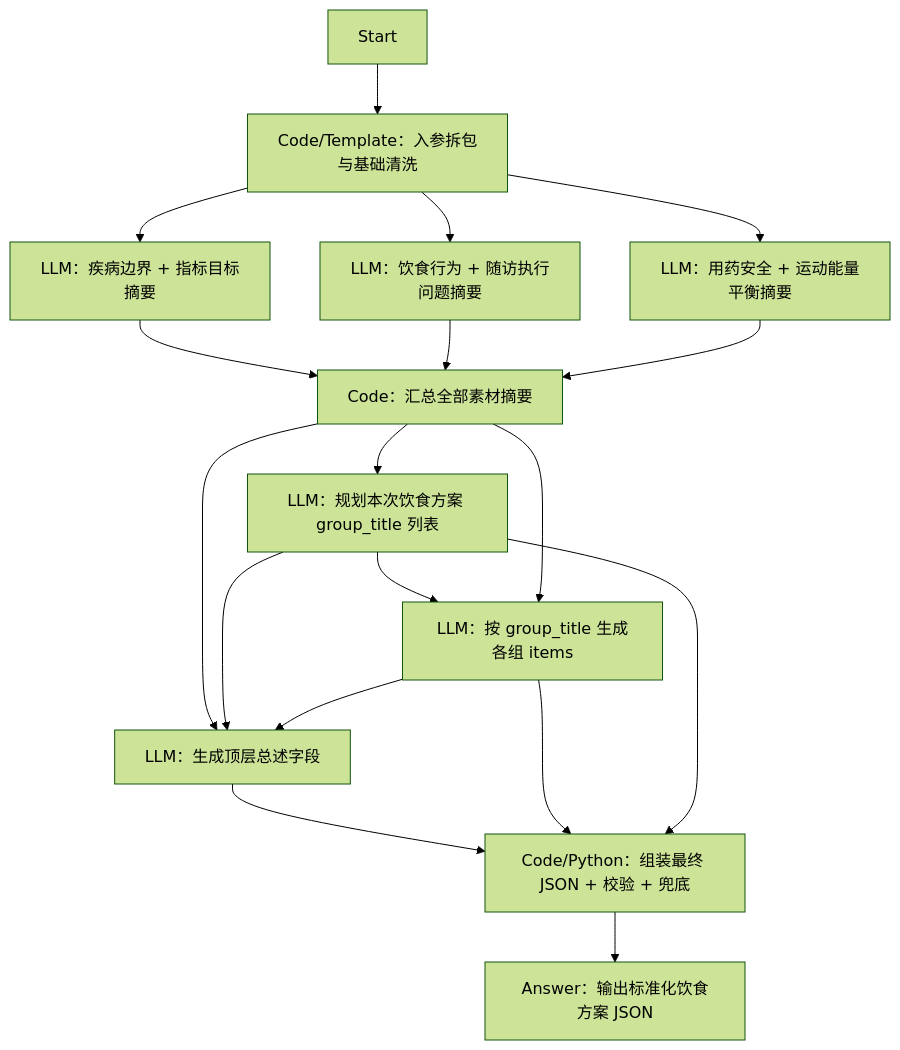
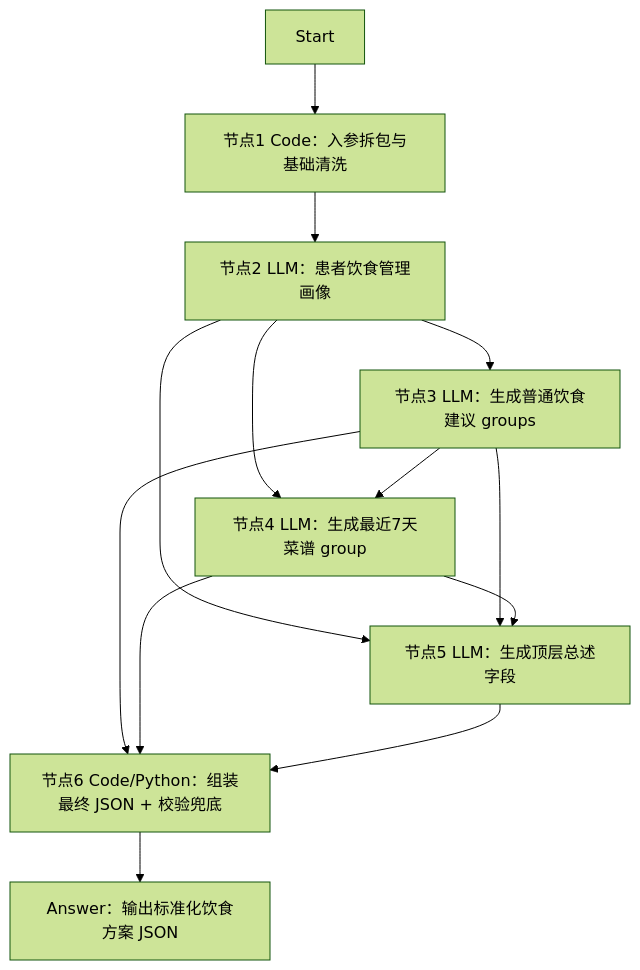
Before and after one commit to tristankeyima-beep/hcare: the diagram in 【专项】干预方案/02-DIFY工程/饮食方案工作流设计总览.md, drawn with Mermaid (forest theme). The commit also changed other lines of this file and 21 other files, not shown here.

````diff
--- a/【专项】干预方案/02-DIFY工程/饮食方案工作流设计总览.md
+++ b/【专项】干预方案/02-DIFY工程/饮食方案工作流设计总览.md
@@ -44,27 +45,20 @@
 ```mermaid
 flowchart TB
-  A["Start"] --> B0["Code/Template：入参拆包与基础清洗"]
+  A["Start"] --> B["节点1 Code：入参拆包与基础清洗"]
 
-  B0 --> C1["LLM：疾病边界 + 指标目标摘要"]
-  B0 --> C2["LLM：饮食行为 + 随访执行问题摘要"]
-  B0 --> C3["LLM：用药安全 + 运动能量平衡摘要"]
+  B --> C["节点2 LLM：患者饮食管理画像"]
 
-  C1 --> D["Code：汇总全部素材摘要"]
-  C2 --> D
-  C3 --> D
+  C --> D["节点3 LLM：生成普通饮食建议 groups"]
+  C --> E["节点4 LLM：生成最近7天菜谱 group"]
+  D --> E
 
-  D --> E["LLM：规划本次饮食方案 group_title 列表"]
+  C --> F["节点5 LLM：生成顶层总述字段"]
+  D --> F
+  E --> F
 
-  E --> G["LLM：按 group_title 生成各组 items"]
-  D --> G
+  D --> G["节点6 Code/Python：组装最终 JSON + 校验兜底"]
+  E --> G
+  F --> G
 
-  D --> F["LLM：生成顶层总述字段"]
-  E --> F
-  G --> F
-
-  F --> H["Code/Python：组装最终 JSON + 校验 + 兜底"]
-  G --> H
-  E --> H
-
-  H --> I["Answer：输出标准化饮食方案 JSON"]
+  G --> H["Answer：输出标准化饮食方案 JSON"]
 ```
````
